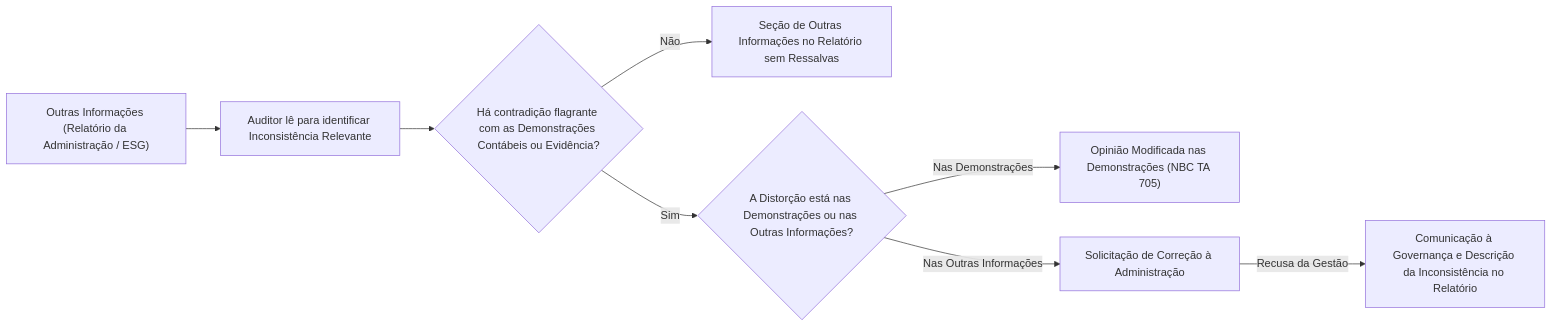
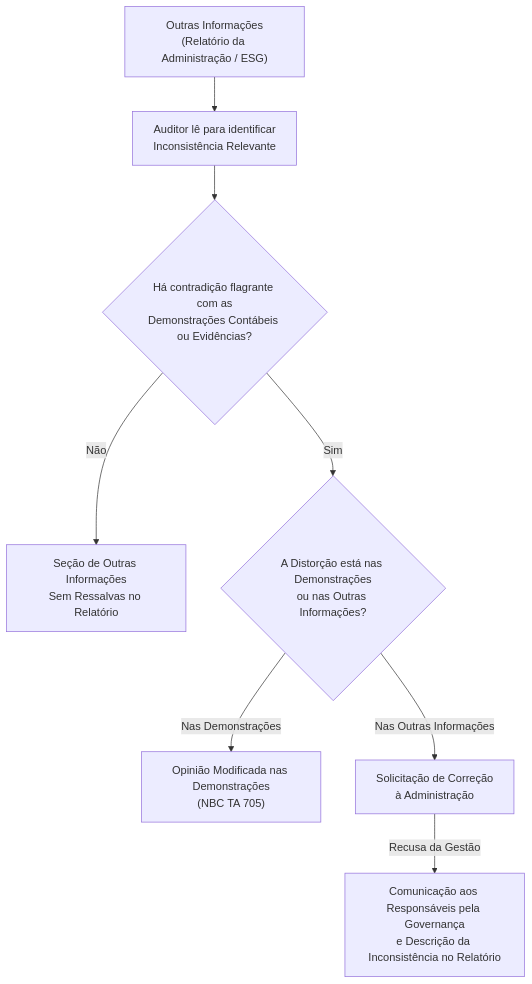
The fifth of 5 diagrams in docs/19-auditoria/04-comunicacao-e-relatorios/01-formacao-da-opiniao-e-relatorio-nbc-ta-700.md (gilsonnogueira/OpenConcursos), drawn with Mermaid before and after one commit. The commit also changed 17 other files, not shown here.

Commit message:
style(diagrams): verticaliza todos os diagramas Mermaid para legibilidade em painel vertical

````diff
--- a/docs/19-auditoria/04-comunicacao-e-relatorios/01-formacao-da-opiniao-e-relatorio-nbc-ta-700.md
+++ b/docs/19-auditoria/04-comunicacao-e-relatorios/01-formacao-da-opiniao-e-relatorio-nbc-ta-700.md
@@ -165,12 +165,12 @@
 ```mermaid
-flowchart LR
-    A["Outras Informações (Relatório da Administração / ESG)"] --> B["Auditor lê para identificar Inconsistência Relevante"]
-    B --> C{"Há contradição flagrante com as Demonstrações Contábeis ou Evidência?"}
+flowchart TD
+    A["Outras Informações<br/>(Relatório da Administração / ESG)"] --> B["Auditor lê para identificar<br/>Inconsistência Relevante"]
+    B --> C{"Há contradição flagrante com as<br/>Demonstrações Contábeis ou Evidências?"}
     
-    C -- Não --> D["Seção de Outras Informações no Relatório sem Ressalvas"]
-    C -- Sim --> E{"A Distorção está nas Demonstrações ou nas Outras Informações?"}
+    C -- Não --> D["Seção de Outras Informações<br/>Sem Ressalvas no Relatório"]
+    C -- Sim --> E{"A Distorção está nas Demonstrações<br/>ou nas Outras Informações?"}
     
-    E -- "Nas Demonstrações" --> F["Opinião Modificada nas Demonstrações (NBC TA 705)"]
-    E -- "Nas Outras Informações" --> G["Solicitação de Correção à Administração"]
-    G -->|Recusa da Gestão| H["Comunicação à Governança e Descrição da Inconsistência no Relatório"]
+    E -- "Nas Demonstrações" --> F["Opinião Modificada nas Demonstrações<br/>(NBC TA 705)"]
+    E -- "Nas Outras Informações" --> G["Solicitação de Correção<br/>à Administração"]
+    G -->|Recusa da Gestão| H["Comunicação aos Responsáveis pela Governança<br/>e Descrição da Inconsistência no Relatório"]
 ```
````
